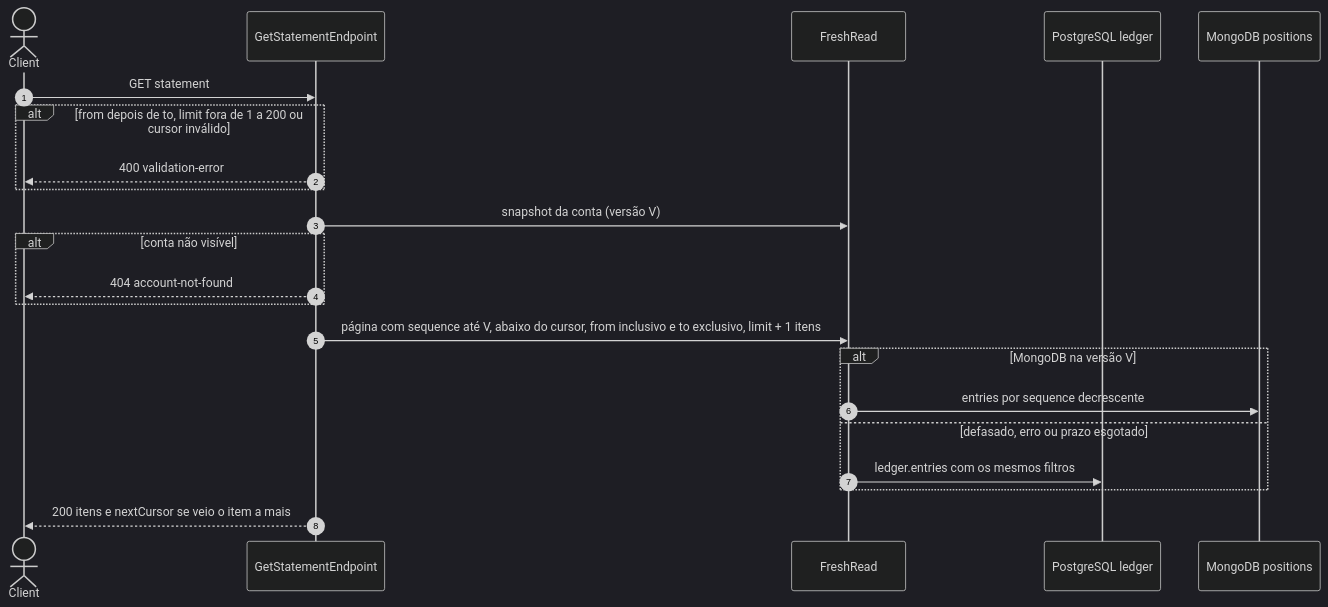
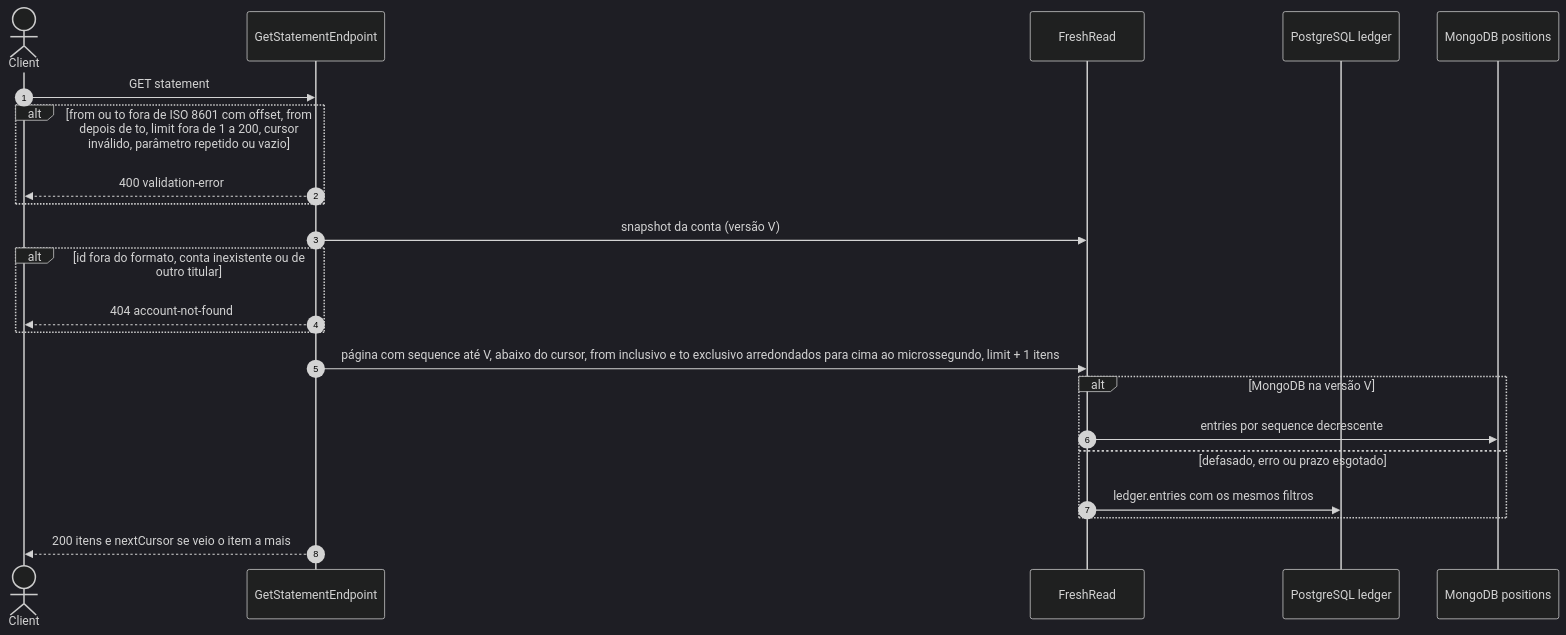
The seventh of 7 diagrams in docs/arquitetura/fluxos-ledger.md (arthuurw/desafio-arquiteto-keyrus), drawn with Mermaid (dark theme) before and after one commit. The commit also changed other lines of this file and 3 other files, not shown here.

First line of the commit message:
docs(fluxos): match the flow diagrams to the code at HEAD

````diff
--- a/docs/arquitetura/fluxos-ledger.md
+++ b/docs/arquitetura/fluxos-ledger.md
@@ -292,25 +338,25 @@
 ```mermaid
 sequenceDiagram
   autonumber
   actor C as Client
   participant E as GetStatementEndpoint
   participant FR as FreshRead
   participant DB as PostgreSQL ledger
   participant M as MongoDB positions
 
   C->>E: GET statement
-  alt from depois de to, limit fora de 1 a 200 ou cursor inválido
+  alt from ou to fora de ISO 8601 com offset, from depois de to, limit fora de 1 a 200, cursor inválido, parâmetro repetido ou vazio
     E-->>C: 400 validation-error
   end
   E->>FR: snapshot da conta (versão V)
-  alt conta não visível
+  alt id fora do formato, conta inexistente ou de outro titular
     E-->>C: 404 account-not-found
   end
-  E->>FR: página com sequence até V, abaixo do cursor, from inclusivo e to exclusivo, limit + 1 itens
+  E->>FR: página com sequence até V, abaixo do cursor, from inclusivo e to exclusivo arredondados para cima ao microssegundo, limit + 1 itens
   alt MongoDB na versão V
     FR->>M: entries por sequence decrescente
   else defasado, erro ou prazo esgotado
     FR->>DB: ledger.entries com os mesmos filtros
   end
   E-->>C: 200 itens e nextCursor se veio o item a mais
 ```
````
